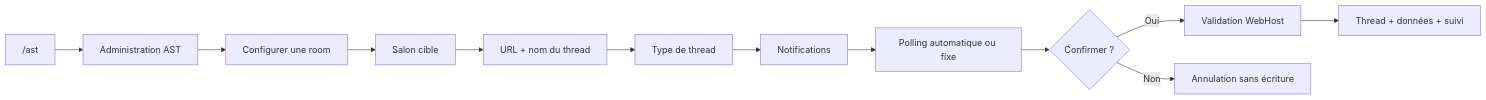
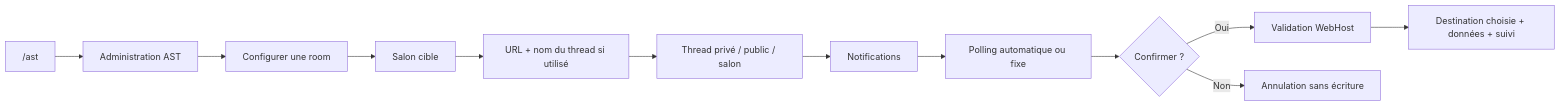
The fourth of 6 diagrams in wiki/Room-tracking.md (Etsuna/ArchipelagoSphereTracker), drawn with Mermaid before and after one commit. The commit also changed other lines of this file and 20 other files, not shown here.

````diff
--- a/wiki/Room-tracking.md
+++ b/wiki/Room-tracking.md
@@ -128,14 +134,14 @@
 ```mermaid
 flowchart LR
     A["/ast"] --> B["Administration AST"]
     B --> C["Configurer une room"]
     C --> D["Salon cible"]
-    D --> E["URL + nom du thread"]
-    E --> F["Type de thread"]
+    D --> E["URL + nom du thread si utilisé"]
+    E --> F["Thread privé / public / salon"]
     F --> G["Notifications"]
     G --> H["Polling automatique ou fixe"]
     H --> I{"Confirmer ?"}
     I -->|Oui| J["Validation WebHost"]
-    J --> K["Thread + données + suivi"]
+    J --> K["Destination choisie + données + suivi"]
     I -->|Non| L["Annulation sans écriture"]
 ```
````
